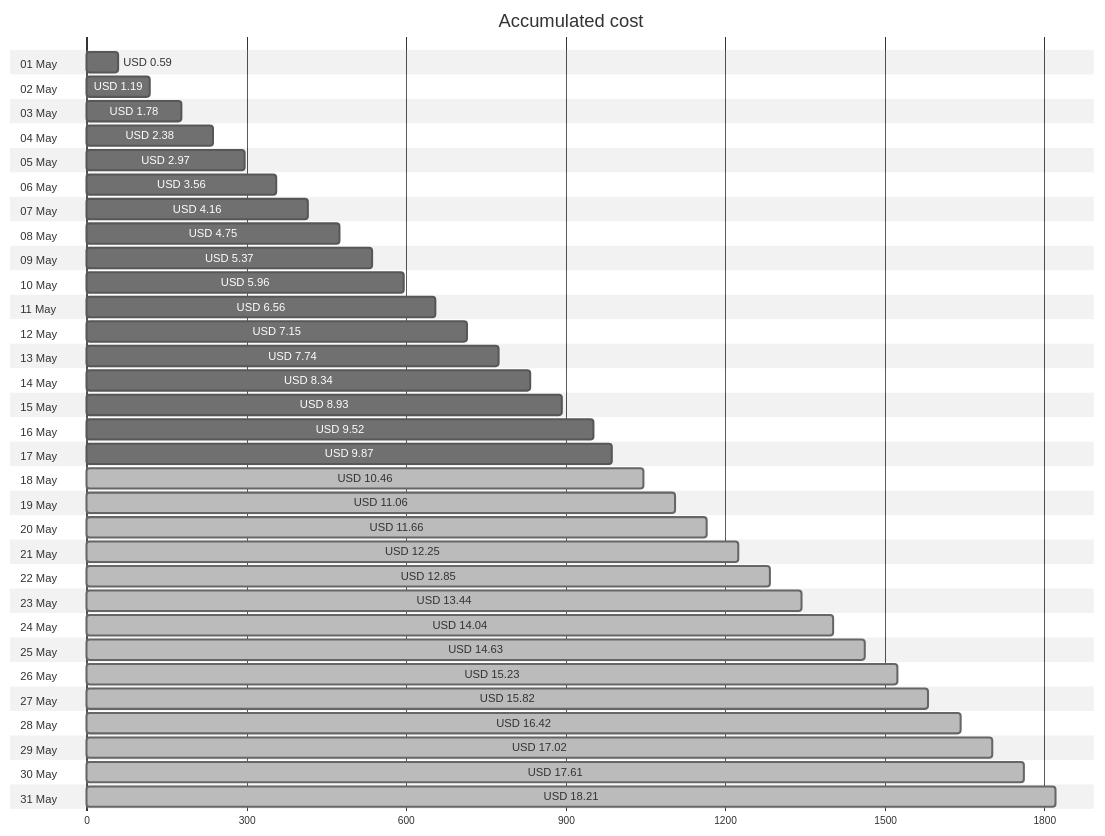
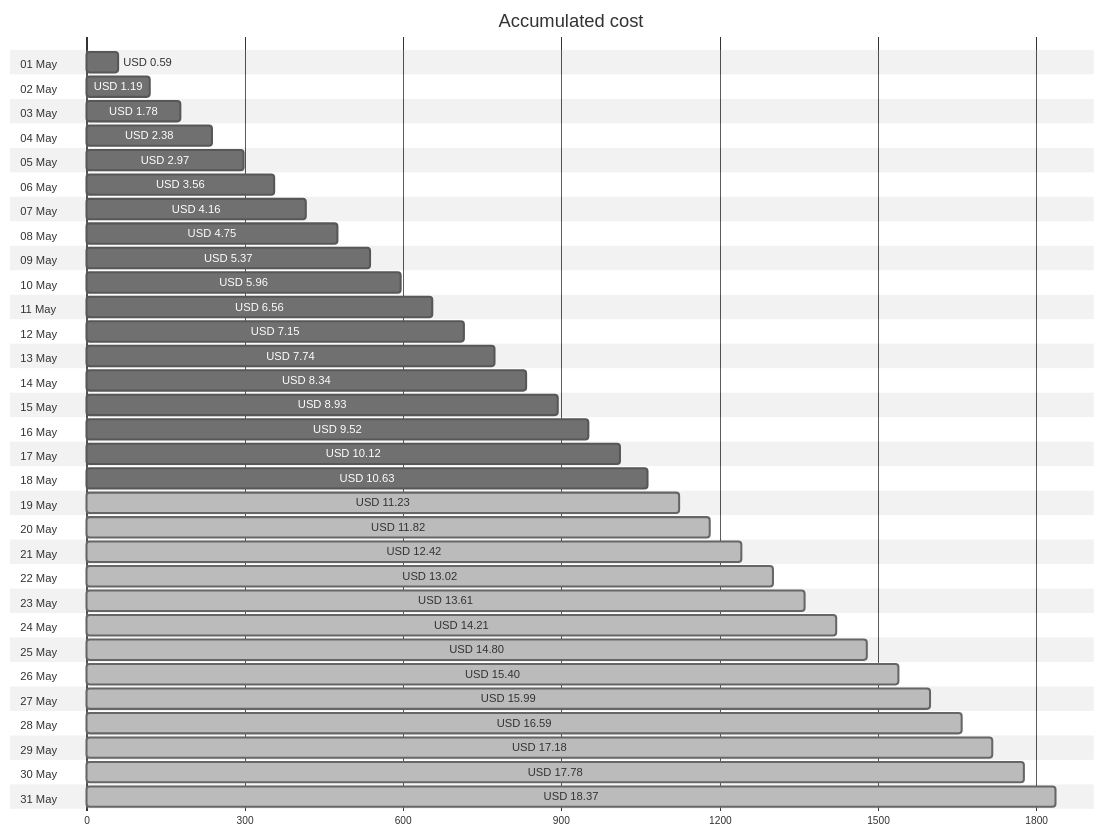
The first of 4 diagrams in cost-reports/personal-site/README.md (jpfulton/azure-personal-reports), drawn with Mermaid (neutral theme) before and after one commit. The commit also changed other lines of this file and 6 other files, not shown here.

````diff
--- a/cost-reports/personal-site/README.md
+++ b/cost-reports/personal-site/README.md
@@ -20,68 +20,68 @@
 ```mermaid
 gantt
    title Accumulated cost
    dateFormat  X
    axisFormat %s
    section 01 May
    USD 0.59 :0, 59
    section 02 May
    USD 1.19 :0, 119
    section 03 May
    USD 1.78 :0, 178
    section 04 May
    USD 2.38 :0, 238
    section 05 May
    USD 2.97 :0, 297
    section 06 May
    USD 3.56 :0, 356
    section 07 May
    USD 4.16 :0, 416
    section 08 May
    USD 4.75 :0, 475
    section 09 May
    USD 5.37 :0, 537
    section 10 May
    USD 5.96 :0, 596
    section 11 May
    USD 6.56 :0, 656
    section 12 May
    USD 7.15 :0, 715
    section 13 May
    USD 7.74 :0, 774
    section 14 May
    USD 8.34 :0, 834
    section 15 May
    USD 8.93 :0, 893
    section 16 May
    USD 9.52 :0, 952
    section 17 May
-   USD 9.87 :0, 987
+   USD 10.12 :0, 1012
    section 18 May
-   USD 10.46 : done, 0, 1046
+   USD 10.63 :0, 1063
    section 19 May
-   USD 11.06 : done, 0, 1106
+   USD 11.23 : done, 0, 1123
    section 20 May
-   USD 11.66 : done, 0, 1166
+   USD 11.82 : done, 0, 1182
    section 21 May
-   USD 12.25 : done, 0, 1225
+   USD 12.42 : done, 0, 1242
    section 22 May
-   USD 12.85 : done, 0, 1285
+   USD 13.02 : done, 0, 1302
    section 23 May
-   USD 13.44 : done, 0, 1344
+   USD 13.61 : done, 0, 1361
    section 24 May
-   USD 14.04 : done, 0, 1404
+   USD 14.21 : done, 0, 1421
    section 25 May
-   USD 14.63 : done, 0, 1463
+   USD 14.80 : done, 0, 1480
    section 26 May
-   USD 15.23 : done, 0, 1523
+   USD 15.40 : done, 0, 1540
    section 27 May
-   USD 15.82 : done, 0, 1582
+   USD 15.99 : done, 0, 1599
    section 28 May
-   USD 16.42 : done, 0, 1642
+   USD 16.59 : done, 0, 1659
    section 29 May
-   USD 17.02 : done, 0, 1702
+   USD 17.18 : done, 0, 1718
    section 30 May
-   USD 17.61 : done, 0, 1761
+   USD 17.78 : done, 0, 1778
    section 31 May
-   USD 18.21 : done, 0, 1821
+   USD 18.37 : done, 0, 1837
 ```
````
